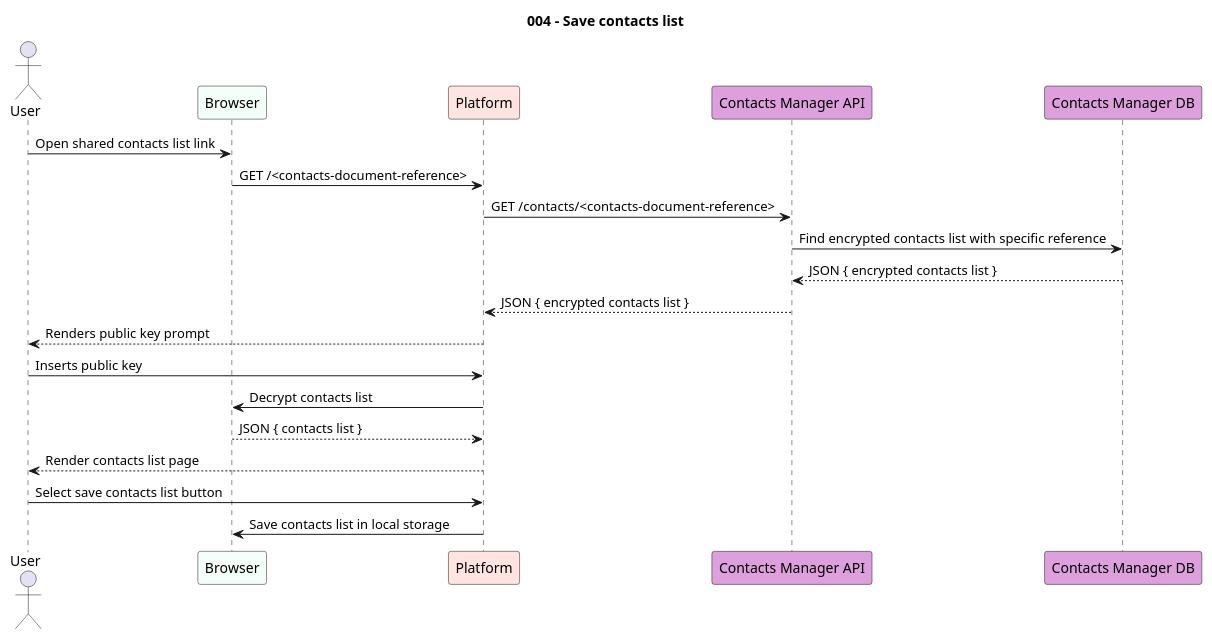
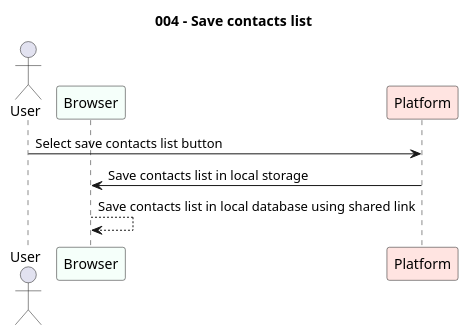
The diagram in src/usecases/puml/004-save-contacts-list.puml (paginas-secretas/docs), drawn with PlantUML before and after one commit. The commit also changed 3 other files, not shown here.

```diff
--- a/src/usecases/puml/004-save-contacts-list.puml
+++ b/src/usecases/puml/004-save-contacts-list.puml
@@ -1,27 +1,13 @@
 @startuml 004-save-contacts-list
 
 title "004 - Save contacts list"
 
 actor User
 participant Browser #MintCream
 participant "Platform" as PL #MistyRose
-participant "Contacts Manager API" as CNT #Plum
-participant "Contacts Manager DB" as CNT_DB #Plum
-
-User -> Browser: Open shared contacts list link
-Browser -> PL: GET /<contacts-document-reference>
-PL -> CNT: GET /contacts/<contacts-document-reference>
-CNT -> CNT_DB: Find encrypted contacts list with specific reference
-CNT_DB --> CNT: JSON { encrypted contacts list }
-CNT --> PL: JSON { encrypted contacts list }
-PL --> User: Renders public key prompt
-
-User -> PL: Inserts public key
-PL -> Browser: Decrypt contacts list
-Browser --> PL: JSON { contacts list }
-PL --> User: Render contacts list page
 
 User -> PL: Select save contacts list button
 PL -> Browser: Save contacts list in local storage
+Browser --> Browser: Save contacts list in local database using shared link
 
 @enduml
```
